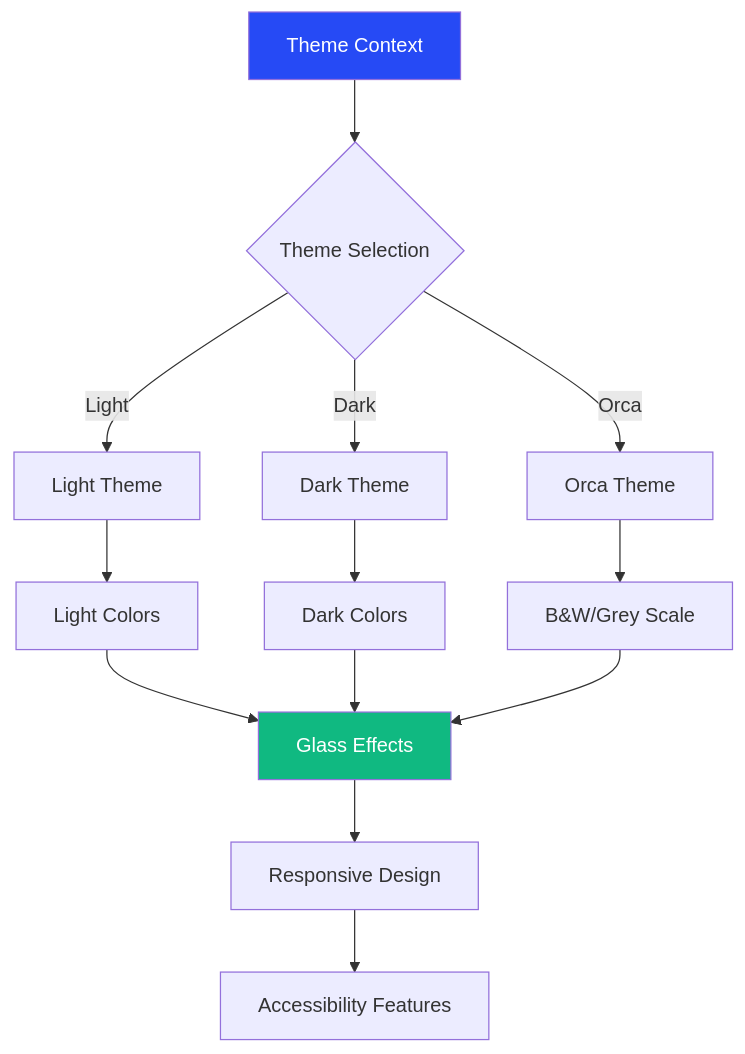
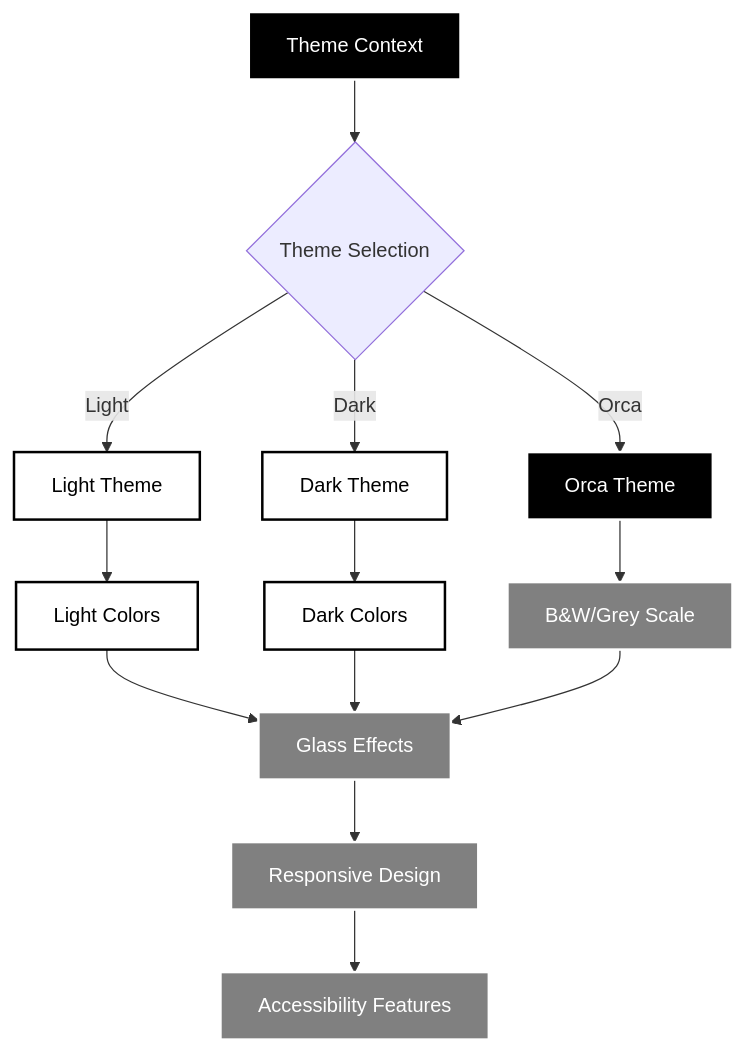
Before and after one commit to WaveTek-co/WaveSwap: the ninth of 9 diagrams in WHAT.md, drawn with Mermaid. The commit also changed other lines of this file and 56 other files, not shown here.

````diff
--- a/WHAT.md
+++ b/WHAT.md
@@ -342,21 +367,26 @@
 ```mermaid
 graph TD
     A[Theme Context] --> B{Theme Selection}
     B -->|Light| C[Light Theme]
     B -->|Dark| D[Dark Theme]
     B -->|Orca| E[Orca Theme]
 
     C --> F[Light Colors]
     D --> G[Dark Colors]
     E --> H[B&W/Grey Scale]
 
     F --> I[Glass Effects]
     G --> I
     H --> I
 
     I --> J[Responsive Design]
     J --> K[Accessibility Features]
 
-    style A fill:#264af5,color:#fff
-    style I fill:#10b981,color:#fff
+    classDef orcaPrimary fill:#000000,color:#ffffff,stroke:#ffffff,stroke-width:2px
+    classDef orcaSecondary fill:#ffffff,color:#000000,stroke:#000000,stroke-width:2px
+    classDef orcaSuccess fill:#808080,color:#ffffff,stroke:#ffffff,stroke-width:2px
+
+    class A,E orcaPrimary
+    class I,K,J,H orcaSuccess
+    class C,D,F,G orcaSecondary
 ```
````
